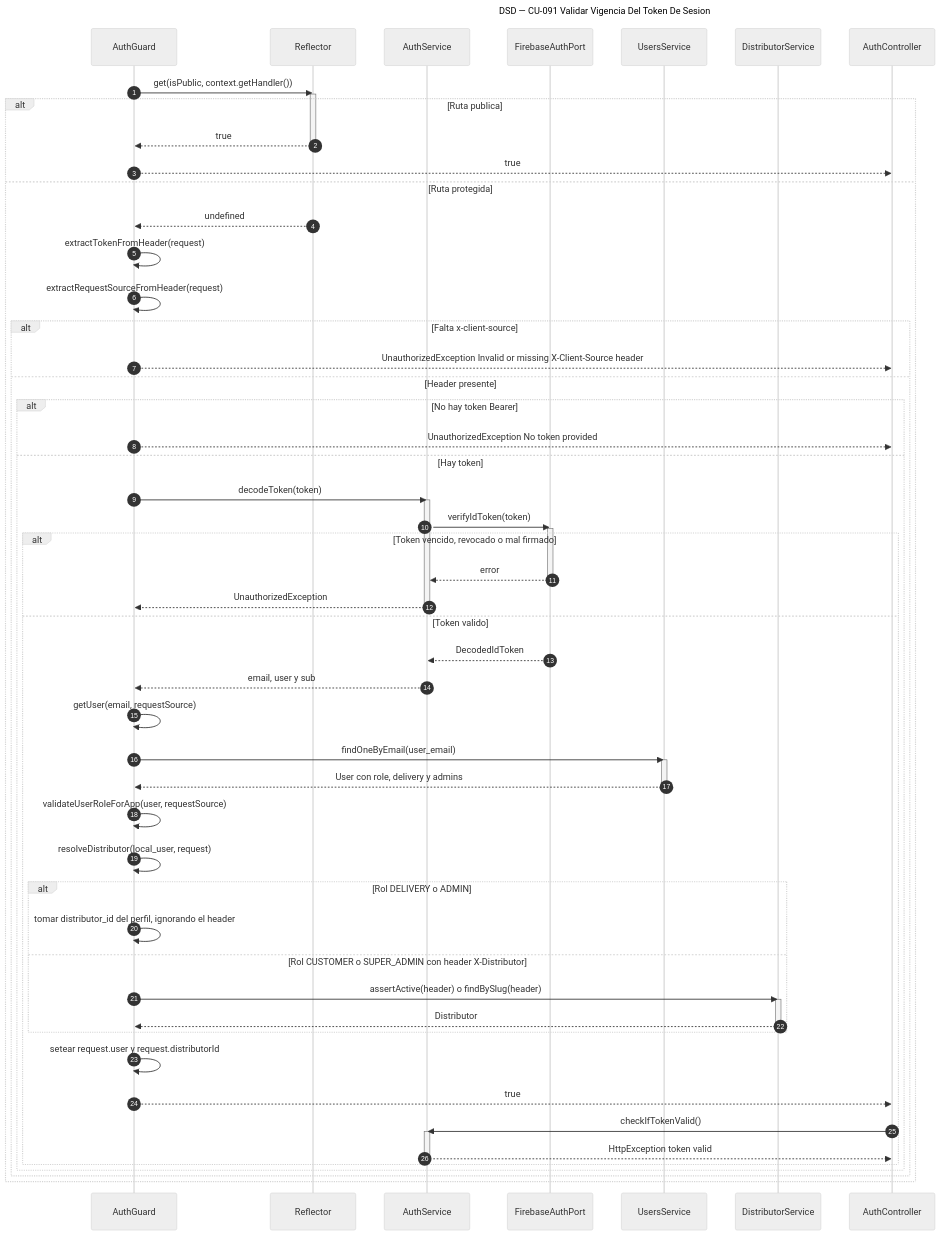
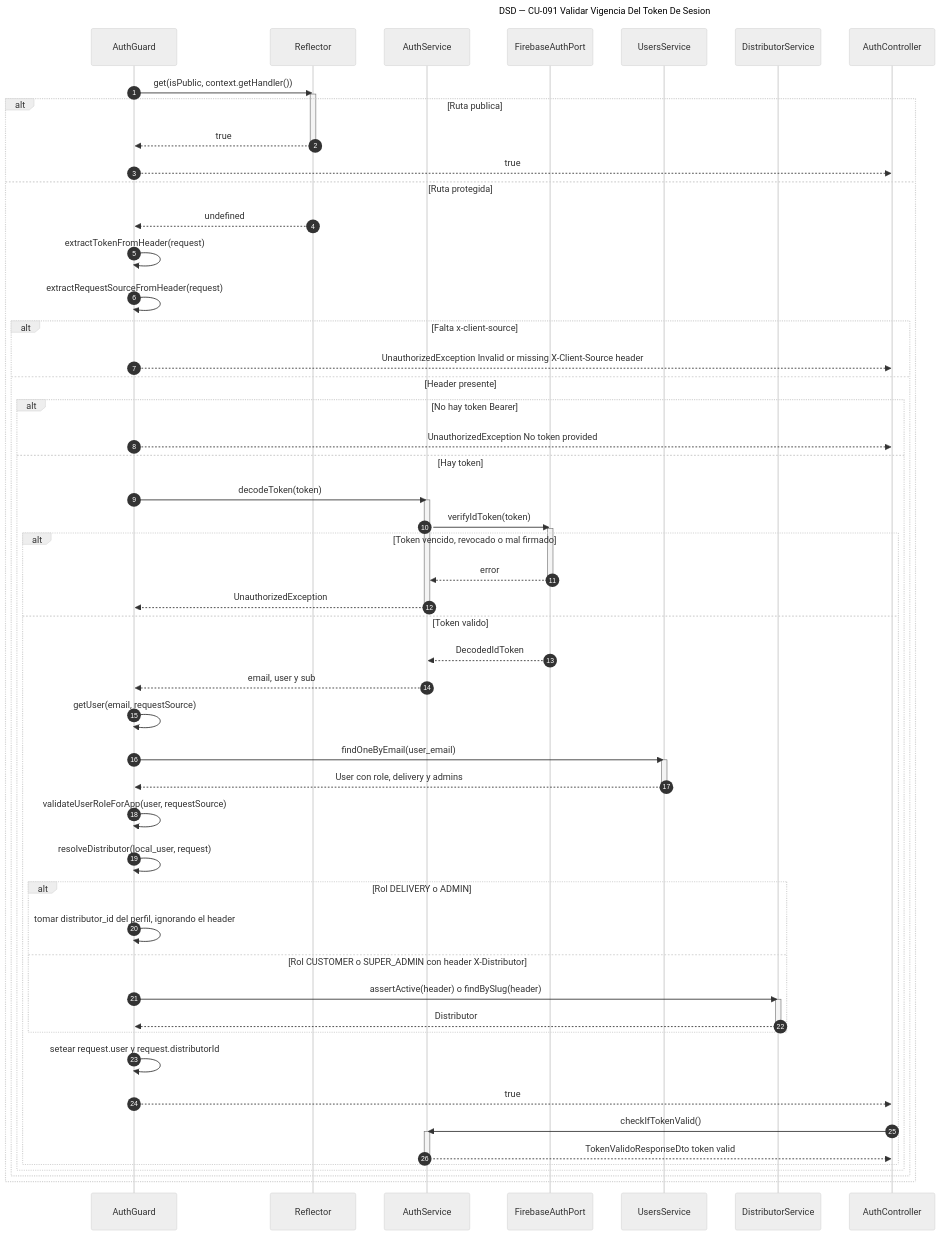
One commit to Nahuelito-Dev/splg-docs changed the diagram in diagramas/DSD_CU-091_Validar-Vigencia-Del-Token-De-Sesion.mmd. Above: the diagram before and after it, drawn with Mermaid (neutral theme). The commit also changed 3 other files, not shown here.

```diff
--- a/diagramas/DSD_CU-091_Validar-Vigencia-Del-Token-De-Sesion.mmd
+++ b/diagramas/DSD_CU-091_Validar-Vigencia-Del-Token-De-Sesion.mmd
@@ -1,64 +1,64 @@
 sequenceDiagram
     title DSD — CU-091 Validar Vigencia Del Token De Sesion
     autonumber
     participant GUARD as AuthGuard
     participant REFL as Reflector
     participant SRV as AuthService
     participant FB as FirebaseAuthPort
     participant USR as UsersService
     participant DIST as DistributorService
     participant CTRL as AuthController
 
     GUARD->>REFL: get(isPublic, context.getHandler())
     activate REFL
     alt Ruta publica
         REFL-->>GUARD: true
         deactivate REFL
         GUARD-->>CTRL: true
     else Ruta protegida
         REFL-->>GUARD: undefined
         GUARD->>GUARD: extractTokenFromHeader(request)
         GUARD->>GUARD: extractRequestSourceFromHeader(request)
         alt Falta x-client-source
             GUARD-->>CTRL: UnauthorizedException Invalid or missing X-Client-Source header
         else Header presente
             alt No hay token Bearer
                 GUARD-->>CTRL: UnauthorizedException No token provided
             else Hay token
                 GUARD->>SRV: decodeToken(token)
                 activate SRV
                 SRV->>FB: verifyIdToken(token)
                 activate FB
                 alt Token vencido, revocado o mal firmado
                     FB-->>SRV: error
                     deactivate FB
                     SRV-->>GUARD: UnauthorizedException
                     deactivate SRV
                 else Token valido
                     FB-->>SRV: DecodedIdToken
                     SRV-->>GUARD: email, user y sub
                     GUARD->>GUARD: getUser(email, requestSource)
                     GUARD->>USR: findOneByEmail(user_email)
                     activate USR
                     USR-->>GUARD: User con role, delivery y admins
                     deactivate USR
                     GUARD->>GUARD: validateUserRoleForApp(user, requestSource)
                     GUARD->>GUARD: resolveDistributor(local_user, request)
                     alt Rol DELIVERY o ADMIN
                         GUARD->>GUARD: tomar distributor_id del perfil, ignorando el header
                     else Rol CUSTOMER o SUPER_ADMIN con header X-Distributor
                         GUARD->>DIST: assertActive(header) o findBySlug(header)
                         activate DIST
                         DIST-->>GUARD: Distributor
                         deactivate DIST
                     end
                     GUARD->>GUARD: setear request.user y request.distributorId
                     GUARD-->>CTRL: true
                     CTRL->>SRV: checkIfTokenValid()
                     activate SRV
-                    SRV-->>CTRL: HttpException token valid
+                    SRV-->>CTRL: TokenValidoResponseDto token valid
                     deactivate SRV
                 end
             end
         end
     end
```
